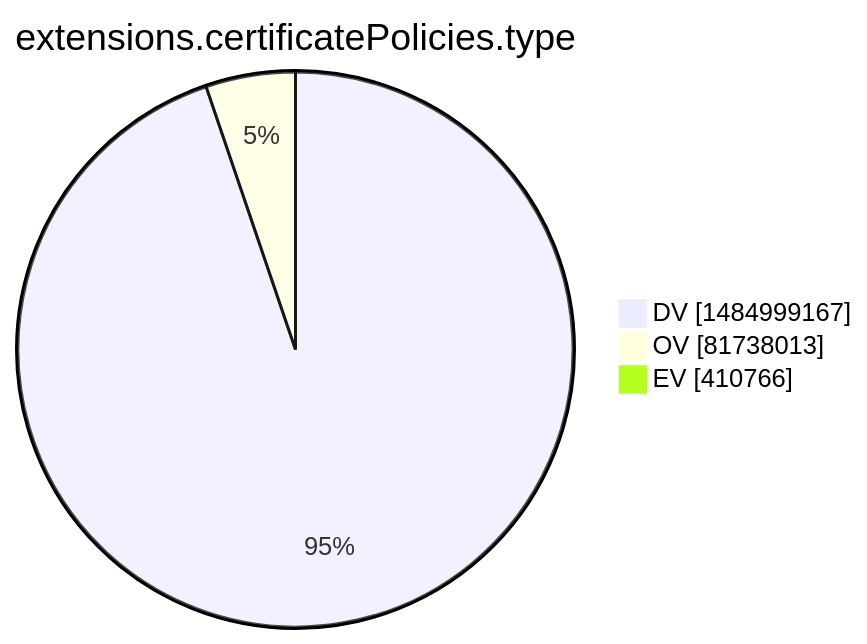
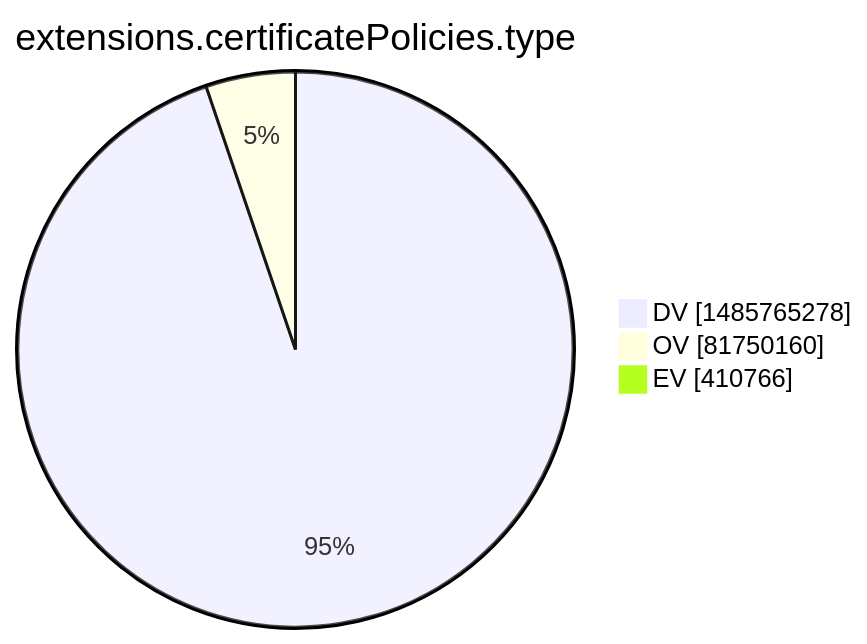
The tenth of 15 diagrams in xenon2022/README.md (christiankrug/ctmonitor_visualization), drawn with Mermaid before and after one commit. The commit also changed other lines of this file, not shown here.

````diff
--- a/xenon2022/README.md
+++ b/xenon2022/README.md
@@ -2873,7 +2873,7 @@
 ```mermaid
 pie showData
 title extensions.certificatePolicies.type
-"DV" :1484999167
-"OV" :81738013
+"DV" :1485765278
+"OV" :81750160
 "EV" :410766
 ```
````
